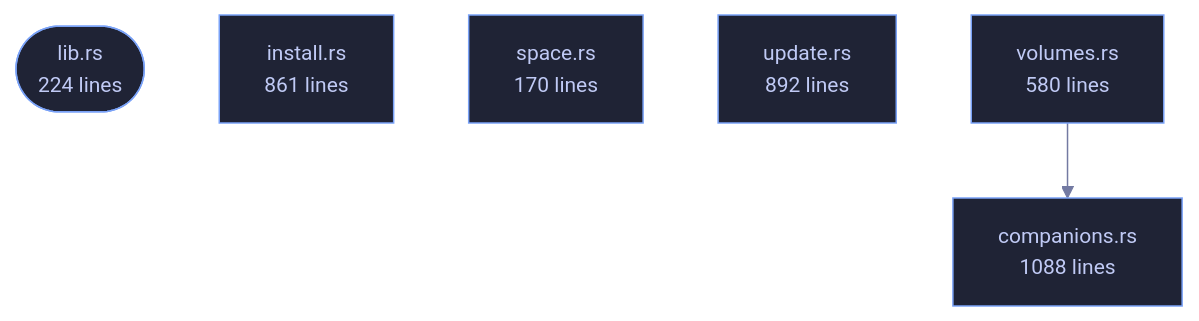
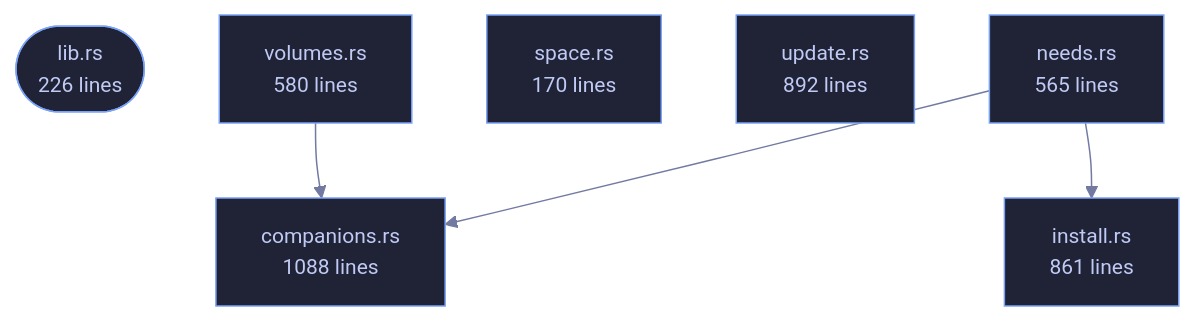
The diagram in crates/veilvoice-setup/README.md (tilas01/veilvoice), drawn with Mermaid before and after one commit. The commit also changed other lines of this file and 65 other files, not shown here.

````diff
--- a/crates/veilvoice-setup/README.md
+++ b/crates/veilvoice-setup/README.md
@@ -108,17 +108,21 @@
 ```mermaid
 %%{init: {"theme":"base","themeVariables":{"background":"#1a1b26","primaryColor":"#1f2335","primaryTextColor":"#c0caf5","primaryBorderColor":"#7aa2f7","secondaryColor":"#16161e","tertiaryColor":"#16161e","lineColor":"#737aa2","textColor":"#c0caf5","mainBkg":"#1f2335","nodeBorder":"#7aa2f7","clusterBkg":"#16161e","clusterBorder":"#2f3549","fontFamily":"ui-monospace, SFMono-Regular, Consolas, monospace","fontSize":"14px"}}}%%
 flowchart TD
-    n_lib(["lib.rs<br/>224 lines"])
+    n_lib(["lib.rs<br/>226 lines"])
     n_companions["companions.rs<br/>1088 lines"]
     n_install["install.rs<br/>861 lines"]
+    n_needs["needs.rs<br/>565 lines"]
     n_space["space.rs<br/>170 lines"]
     n_update["update.rs<br/>892 lines"]
     n_volumes["volumes.rs<br/>580 lines"]
+    n_needs --> n_companions
+    n_needs --> n_install
     n_volumes --> n_companions
     click n_lib href "https://github.com/tilas01/veilvoice/blob/main/crates/veilvoice-setup/src/lib.rs" "open the source"
     click n_companions href "https://github.com/tilas01/veilvoice/blob/main/crates/veilvoice-setup/src/companions.rs" "open the source"
     click n_install href "https://github.com/tilas01/veilvoice/blob/main/crates/veilvoice-setup/src/install.rs" "open the source"
+    click n_needs href "https://github.com/tilas01/veilvoice/blob/main/crates/veilvoice-setup/src/needs.rs" "open the source"
     click n_space href "https://github.com/tilas01/veilvoice/blob/main/crates/veilvoice-setup/src/space.rs" "open the source"
     click n_update href "https://github.com/tilas01/veilvoice/blob/main/crates/veilvoice-setup/src/update.rs" "open the source"
     click n_volumes href "https://github.com/tilas01/veilvoice/blob/main/crates/veilvoice-setup/src/volumes.rs" "open the source"
 ```
````
